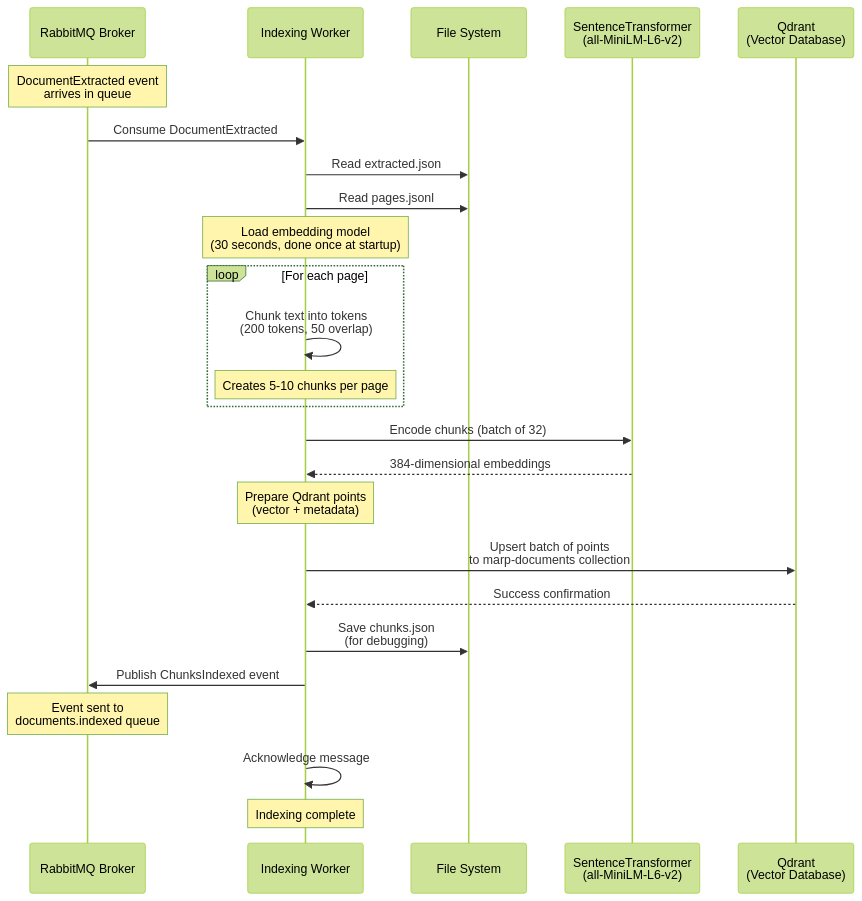
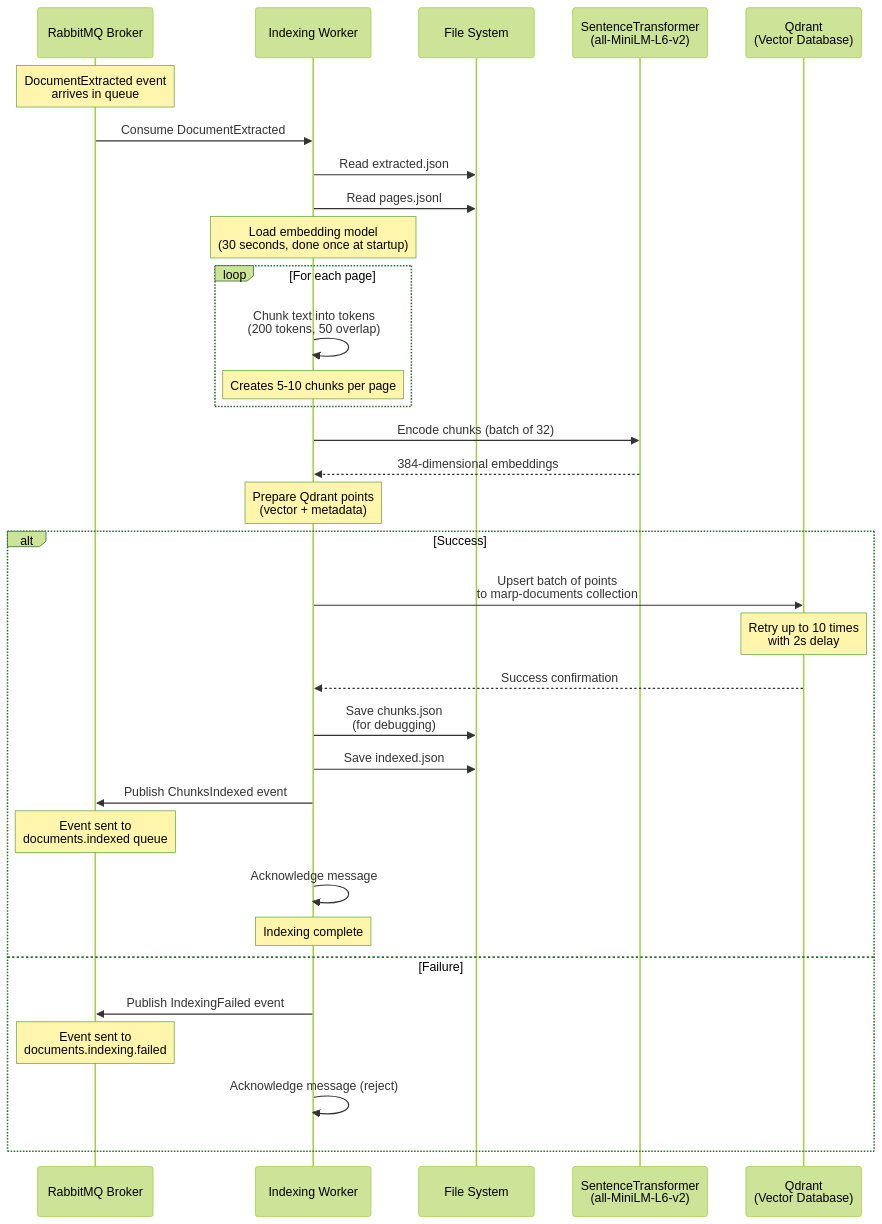
Before and after one commit to Th30utcast/MARP-Guide-AI: the diagram in docs/services/Indexing/Indexing_pipeline.md, drawn with Mermaid (forest theme). The commit also changed other lines of this file and 12 other files, not shown here.

````diff
--- a/docs/services/Indexing/Indexing_pipeline.md
+++ b/docs/services/Indexing/Indexing_pipeline.md
@@ -5,41 +5,47 @@
 ``` mermaid
 sequenceDiagram
   participant BR as RabbitMQ Broker
   participant IX as Indexing Worker
   participant FS as File System
   participant ST as SentenceTransformer<br/>(all-MiniLM-L6-v2)
   participant QD as Qdrant<br/>(Vector Database)
 
   Note over BR: DocumentExtracted event<br/>arrives in queue
 
   BR->>IX: Consume DocumentExtracted
 
   IX->>FS: Read extracted.json
   IX->>FS: Read pages.jsonl
 
   Note over IX: Load embedding model<br/>(30 seconds, done once at startup)
 
   loop For each page
     IX->>IX: Chunk text into tokens<br/>(200 tokens, 50 overlap)
 
     Note over IX: Creates 5-10 chunks per page
   end
 
   IX->>ST: Encode chunks (batch of 32)
   ST-->>IX: 384-dimensional embeddings
 
   Note over IX: Prepare Qdrant points<br/>(vector + metadata)
 
-  IX->>QD: Upsert batch of points<br/>to marp-documents collection
-  QD-->>IX: Success confirmation
+  alt Success
+    IX->>QD: Upsert batch of points<br/>to marp-documents collection
+    Note over QD: Retry up to 10 times<br/>with 2s delay
+    QD-->>IX: Success confirmation
 
-  IX->>FS: Save chunks.json<br/>(for debugging)
+    IX->>FS: Save chunks.json<br/>(for debugging)
+    IX->>FS: Save indexed.json
 
-  IX->>BR: Publish ChunksIndexed event
+    IX->>BR: Publish ChunksIndexed event
+    Note over BR: Event sent to<br/>documents.indexed queue
 
-  Note over BR: Event sent to<br/>documents.indexed queue
-
-  IX->>IX: Acknowledge message
-
-  Note over IX: Indexing complete
+    IX->>IX: Acknowledge message
+    Note over IX: Indexing complete
+  else Failure
+    IX->>BR: Publish IndexingFailed event
+    Note over BR: Event sent to<br/>documents.indexing.failed
+    IX->>IX: Acknowledge message (reject)
+  end
 ```
````
